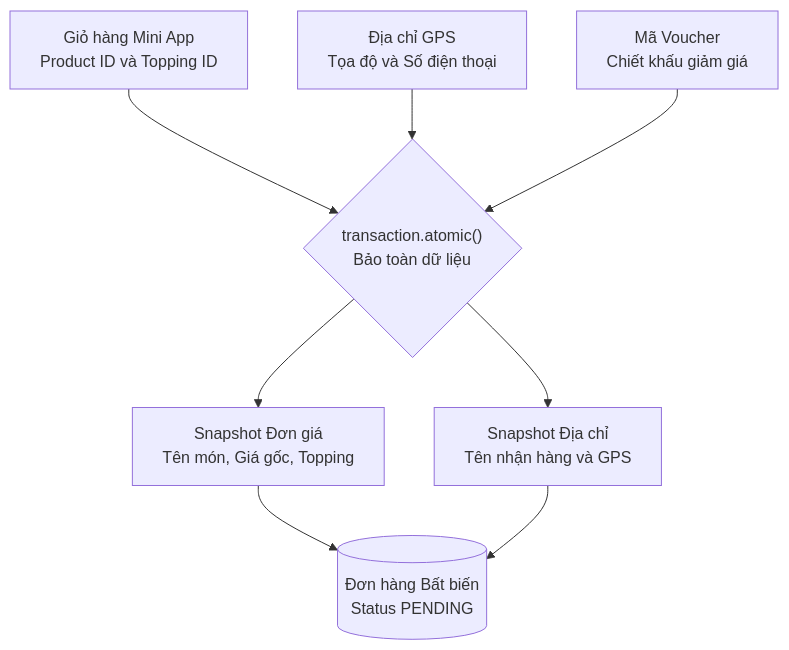
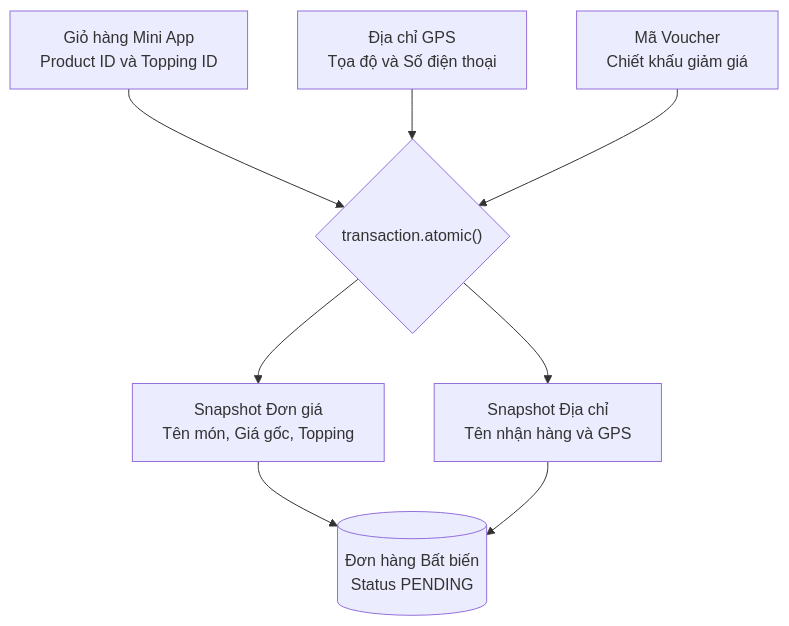
The second of 2 diagrams in content/posts/bep-di-6-zalo-mini-app-ordering-platform.md (nguyengoctin/my_website), drawn with Mermaid before and after one commit. The commit also changed other lines of this file and 19 other files, not shown here.

Commit message:
chore: implement Mermaid best-practice audit script, apply auto-fixes to posts, and adjust rendering configurations

````diff
--- a/content/posts/bep-di-6-zalo-mini-app-ordering-platform.md
+++ b/content/posts/bep-di-6-zalo-mini-app-ordering-platform.md
@@ -49,17 +53,17 @@
 ```mermaid
 flowchart TD
     CartInput["Giỏ hàng Mini App<br/>Product ID và Topping ID"]
     AddrInput["Địa chỉ GPS<br/>Tọa độ và Số điện thoại"]
     VoucherInput["Mã Voucher<br/>Chiết khấu giảm giá"]
-    AtomicTx{"transaction.atomic()<br/>Bảo toàn dữ liệu"}
+    AtomicTx{"transaction.atomic()"}
     SnapPrice["Snapshot Đơn giá<br/>Tên món, Giá gốc, Topping"]
     SnapAddr["Snapshot Địa chỉ<br/>Tên nhận hàng và GPS"]
     OrderRecord[("Đơn hàng Bất biến<br/>Status PENDING")]
     CartInput --> AtomicTx
     AddrInput --> AtomicTx
     VoucherInput --> AtomicTx
     AtomicTx --> SnapPrice
     AtomicTx --> SnapAddr
     SnapPrice --> OrderRecord
     SnapAddr --> OrderRecord
 ```
````
